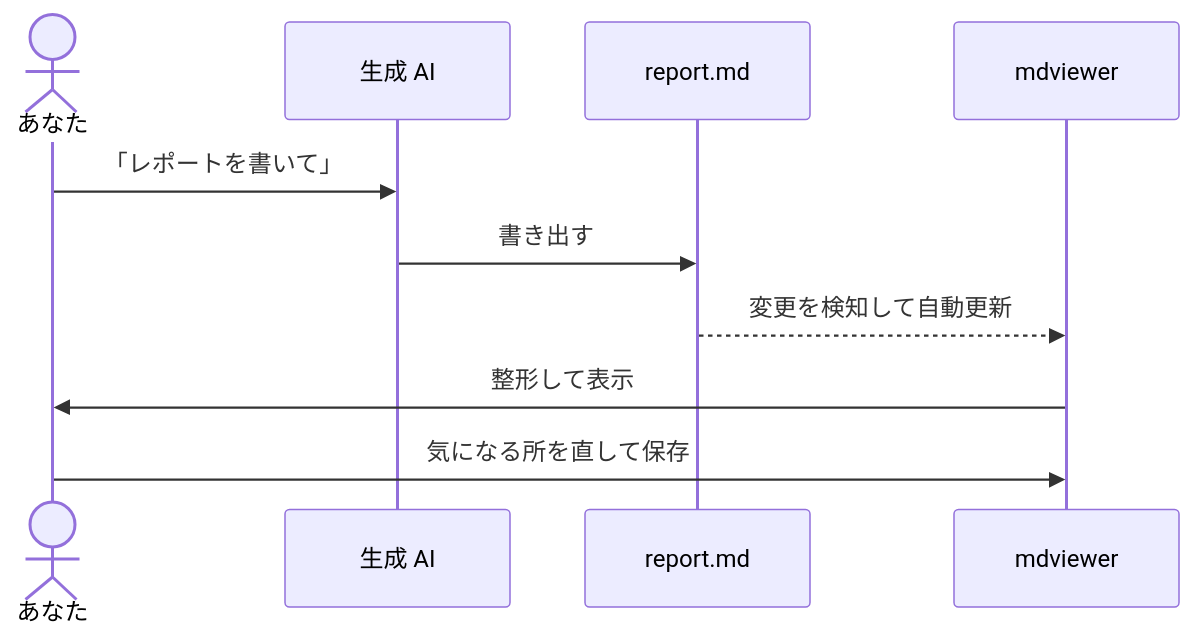
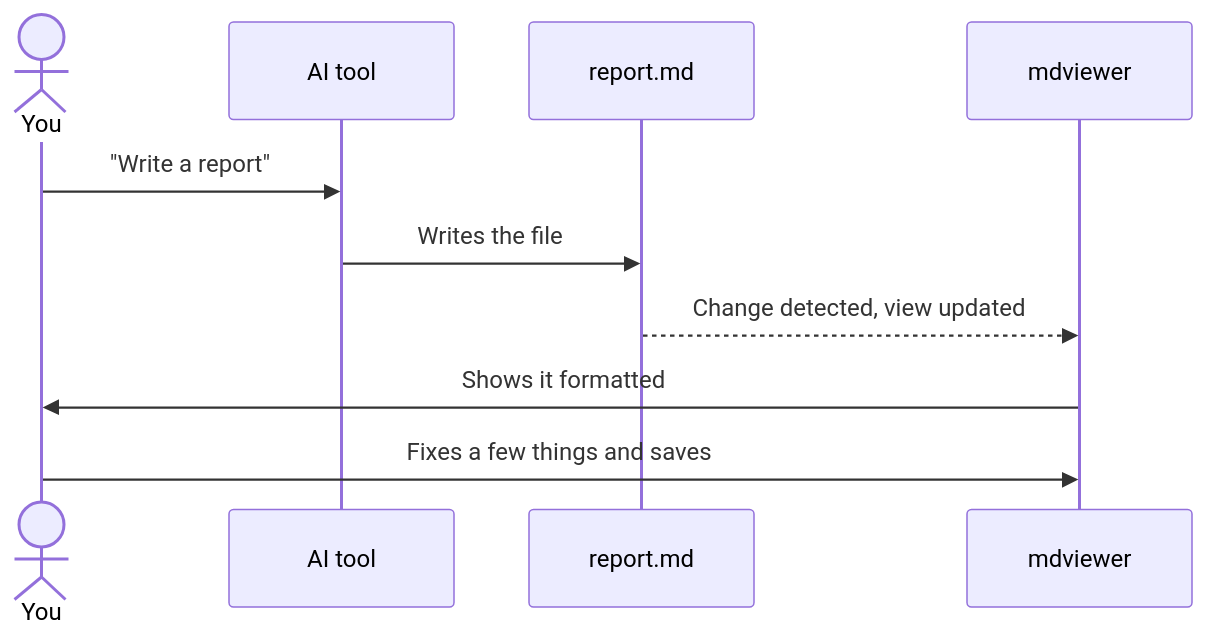
The third of 4 diagrams in docs/manual/README.md (muraken720/mdviewer), drawn with Mermaid before and after one commit. The commit also changed other lines of this file and 21 other files, not shown here.

````diff
--- a/docs/manual/README.md
+++ b/docs/manual/README.md
@@ -212,12 +212,12 @@
 ```mermaid
 sequenceDiagram
-    actor U as あなた
-    participant AI as 生成 AI
+    actor U as You
+    participant AI as AI tool
     participant F as report.md
     participant V as mdviewer
-    U->>AI: 「レポートを書いて」
-    AI->>F: 書き出す
-    F-->>V: 変更を検知して自動更新
-    V->>U: 整形して表示
-    U->>V: 気になる所を直して保存
+    U->>AI: "Write a report"
+    AI->>F: Writes the file
+    F-->>V: Change detected, view updated
+    V->>U: Shows it formatted
+    U->>V: Fixes a few things and saves
 ```
````
